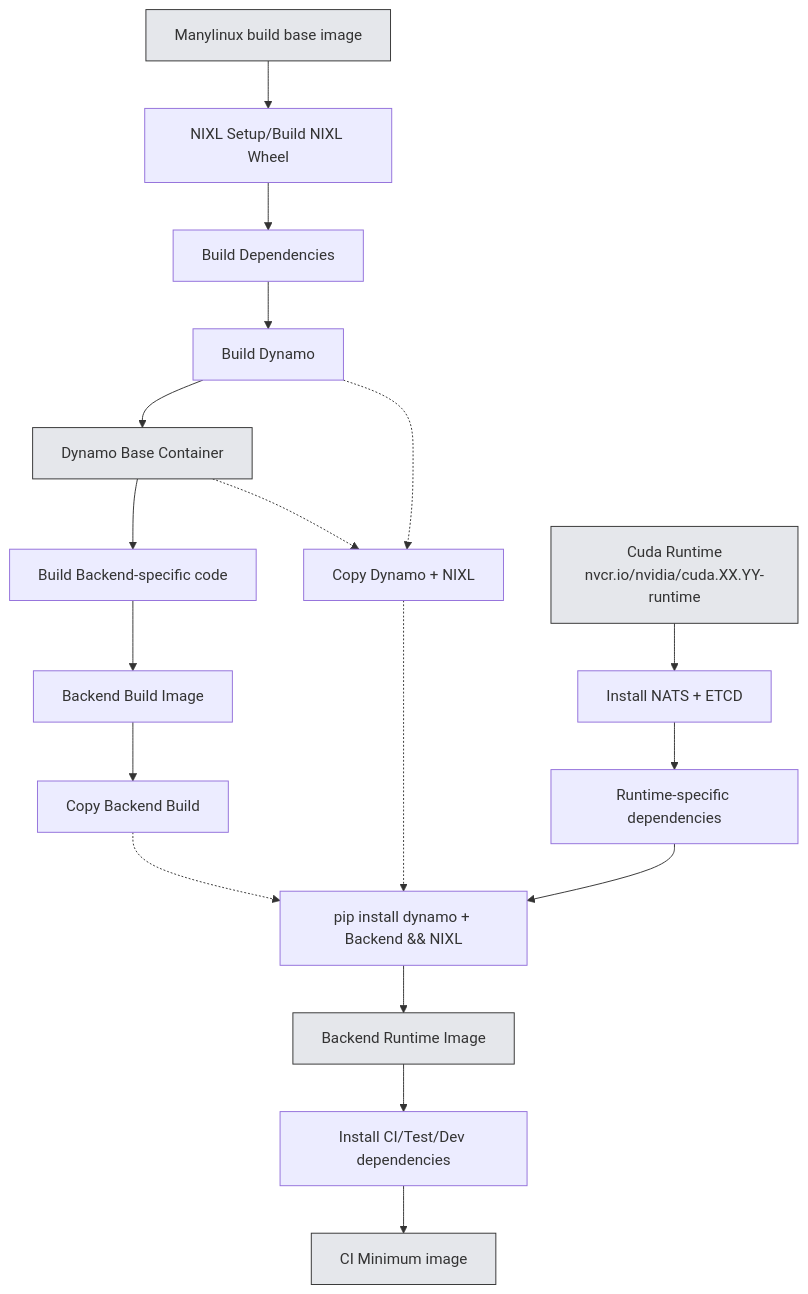
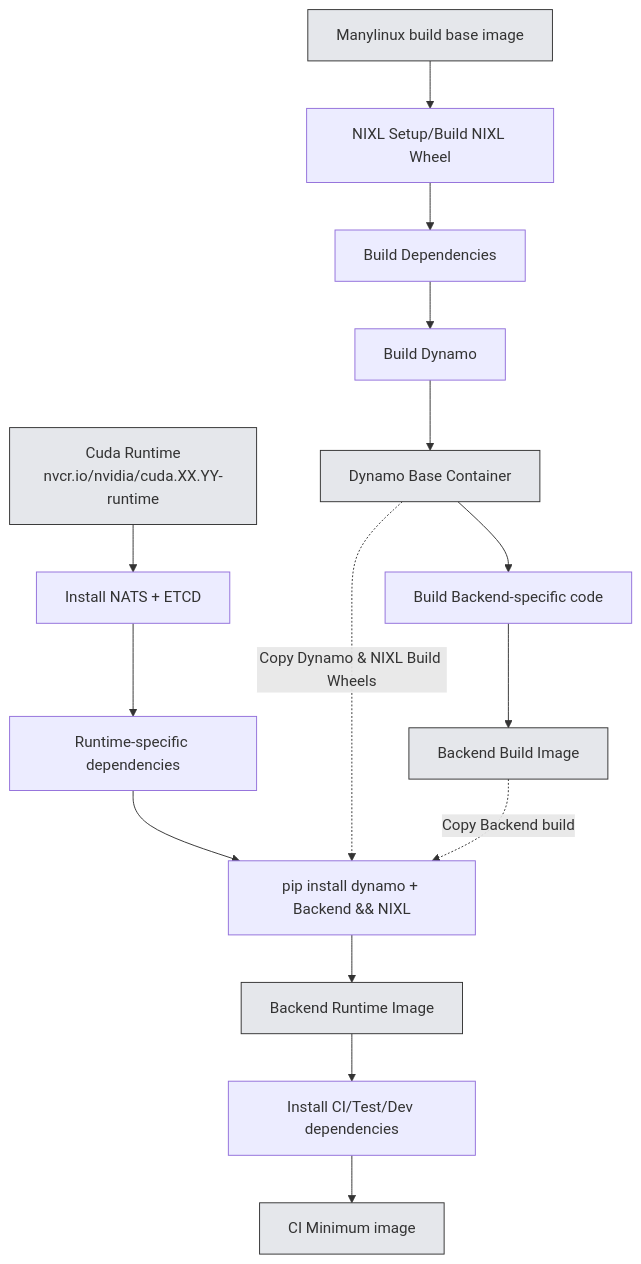
The diagram in deps/NNNN-container-strategy.md (ai-dynamo/enhancements), drawn with Mermaid before and after one commit.

Commit message:
Add descriptions to crosslinks in mermaid diagram instead of boxes

````diff
--- a/deps/NNNN-container-strategy.md
+++ b/deps/NNNN-container-strategy.md
@@ -110,45 +110,40 @@
 ```mermaid
 flowchart TD
     A[Manylinux build base image]:::gray
     B[NIXL Setup/Build NIXL Wheel]
     C[Build Dependencies]
     D[Build Dynamo]
     E[Dynamo Base Container]:::gray
     F[Build Backend-specific code]
-    G[Backend Build Image]
-    H[Copy Backend Build]
-    I[Copy Dynamo + NIXL]
+    G[Backend Build Image]:::gray
     J[Cuda Runtime<br/>nvcr.io/nvidia/cuda.XX.YY-runtime]:::gray
     K[Install NATS + ETCD]
     L[Runtime-specific dependencies]
     M[pip install dynamo + Backend && NIXL]
     N[Backend Runtime Image]:::gray
     O[Install CI/Test/Dev dependencies]
     P[CI Minimum image]:::gray
 
     %% Main build flow (left)
     A --> B
     B --> C
     C --> D
     D --> E
     E --> F
     F --> G
-    G --> H
 
     %% Runtime flow (right)
     J --> K
     K --> L
     L --> M
     M --> N
     N --> O
     O --> P
 
-    %% Cross-links
-    E -.-> I
-    D -.-> I
-    I -.-> M
-    H -.-> M
+    %% Cross-links with text
+    E -.->|Copy Dynamo & NIXL Build Wheels| M
+    G -.->|Copy Backend build| M
 
     %% Styling
     classDef gray fill:#e5e7eb,stroke:#333,stroke-width:1px;
 ```
````
